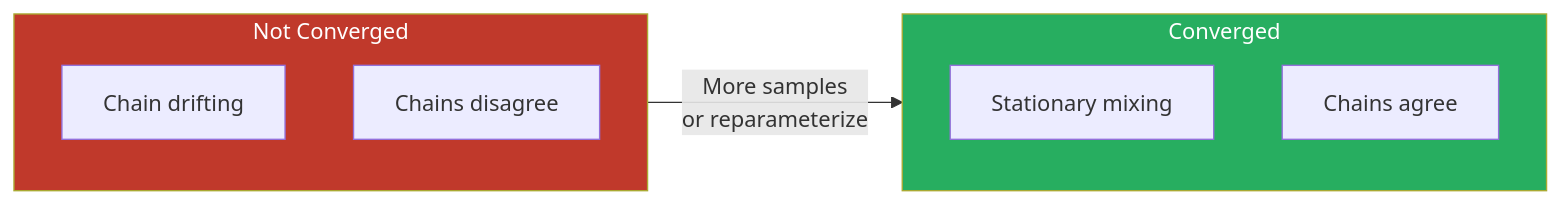
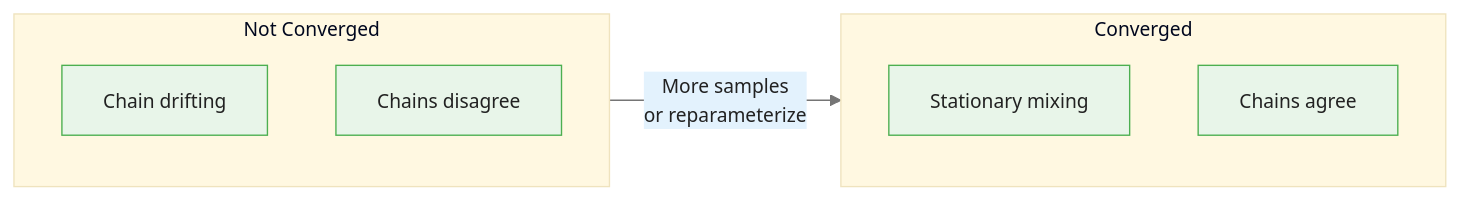
One commit to m-deane/course-creator changed the first of 4 diagrams in courses/bayesian-commodity-forecasting/modules/module_06_inference/guides/04_convergence_diagnostics_slides.md. Above: the diagram before and after it, drawn with Mermaid. The commit also changed other lines of this file and 104 other files, not shown here.

````diff
--- a/courses/bayesian-commodity-forecasting/modules/module_06_inference/guides/04_convergence_diagnostics_slides.md
+++ b/courses/bayesian-commodity-forecasting/modules/module_06_inference/guides/04_convergence_diagnostics_slides.md
@@ -34,14 +38,13 @@
 ```mermaid
+%%{init: {"theme": "base", "themeVariables": {"primaryColor": "#e8f5e9", "primaryBorderColor": "#4caf50", "primaryTextColor": "#212121", "secondaryColor": "#e3f2fd", "tertiaryColor": "#fff8e1", "lineColor": "#757575", "fontFamily": "Inter, sans-serif", "fontSize": "14px"}}}%%
 flowchart LR
     subgraph Bad["Not Converged"]
         B1["Chain drifting"]
         B2["Chains disagree"]
     end
     subgraph Good["Converged"]
         G1["Stationary mixing"]
         G2["Chains agree"]
     end
     Bad -->|"More samples\nor reparameterize"| Good
-    style Bad fill:#c0392b,color:#fff
-    style Good fill:#27ae60,color:#fff
 ```
````
